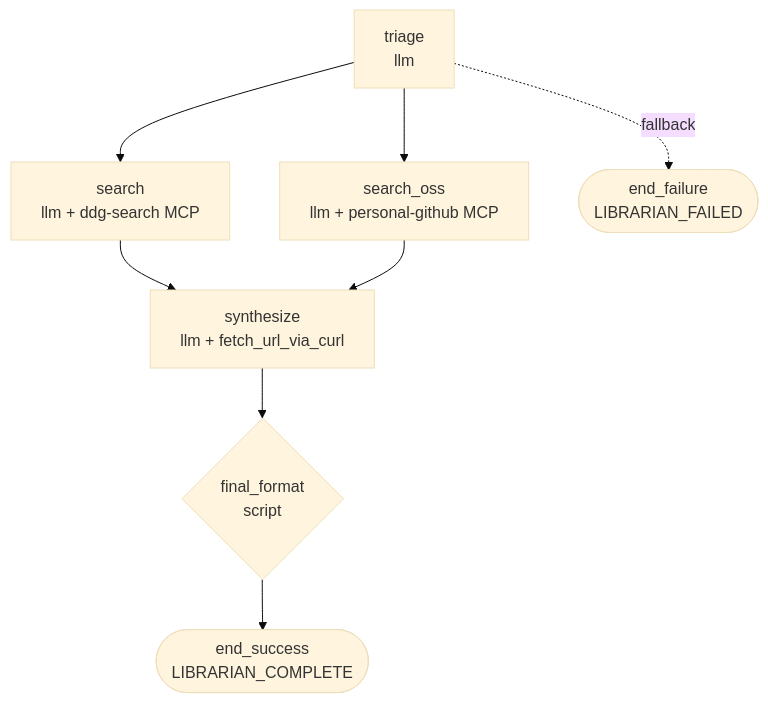
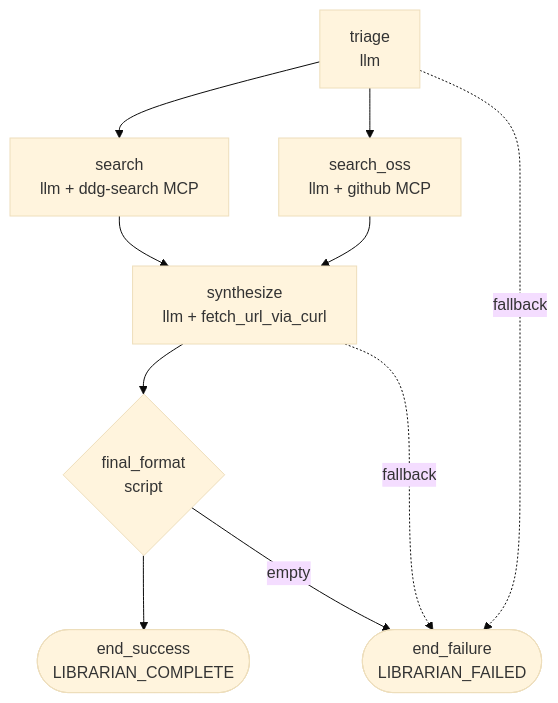
The diagram in assets/agents/librarian/README.md (Dark-Alex-17/coyote), drawn with Mermaid (base theme) before and after one commit. The commit also changed other lines of this file and 9 other files, not shown here.

Commit message:
fix: empty output from the librarian is an error and fixed a typo in the github MCP server name

````diff
--- a/assets/agents/librarian/README.md
+++ b/assets/agents/librarian/README.md
@@ -13,13 +13,15 @@
 ```mermaid
 flowchart TD
     triage["triage<br/>llm"] --> search
     triage --> search_oss
     triage -.->|"fallback"| end_failure
     search["search<br/>llm + ddg-search MCP"] --> synthesize
-    search_oss["search_oss<br/>llm + personal-github MCP"] --> synthesize
+    search_oss["search_oss<br/>llm + github MCP"] --> synthesize
     synthesize["synthesize<br/>llm + fetch_url_via_curl"] --> final_format
+    synthesize -.->|"fallback"| end_failure
     final_format{"final_format<br/>script"} --> end_success
+    final_format -->|"empty"| end_failure
 
     end_success(["end_success<br/>LIBRARIAN_COMPLETE"])
     end_failure(["end_failure<br/>LIBRARIAN_FAILED"])
 ```
````
